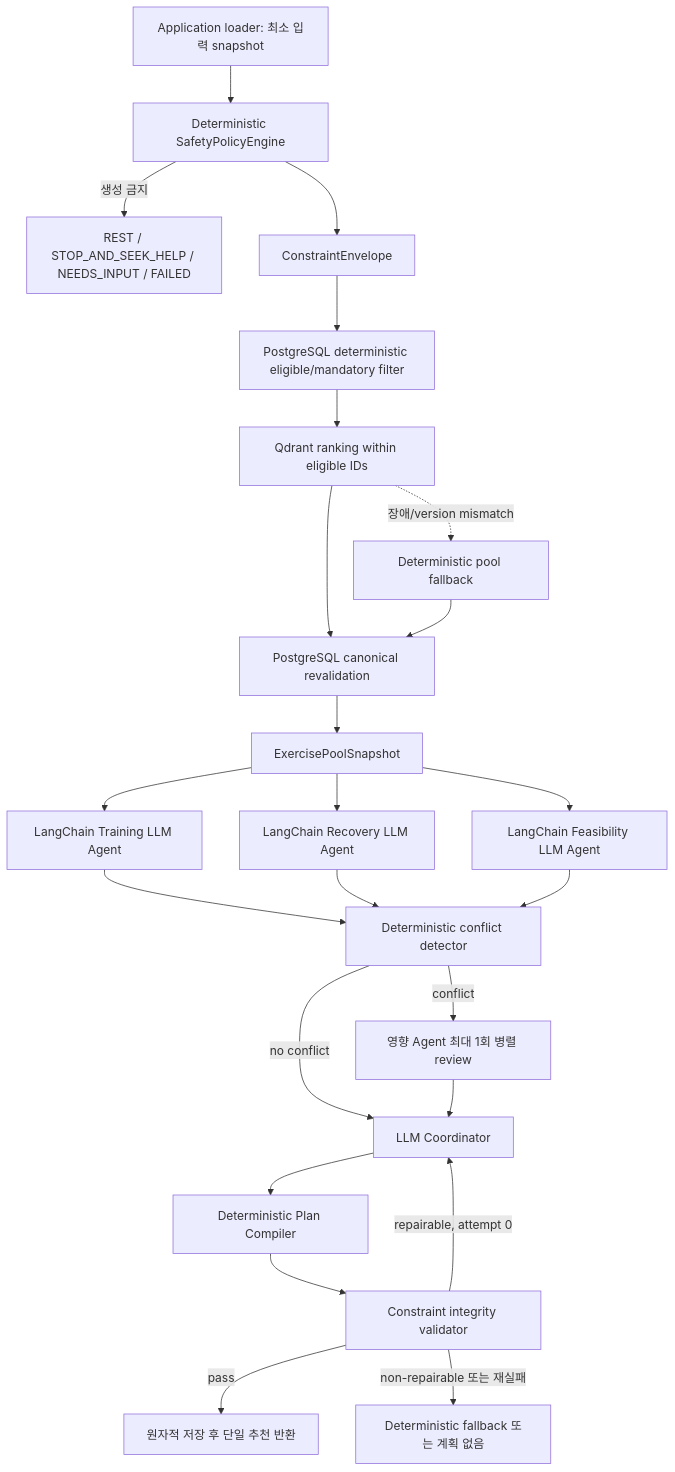
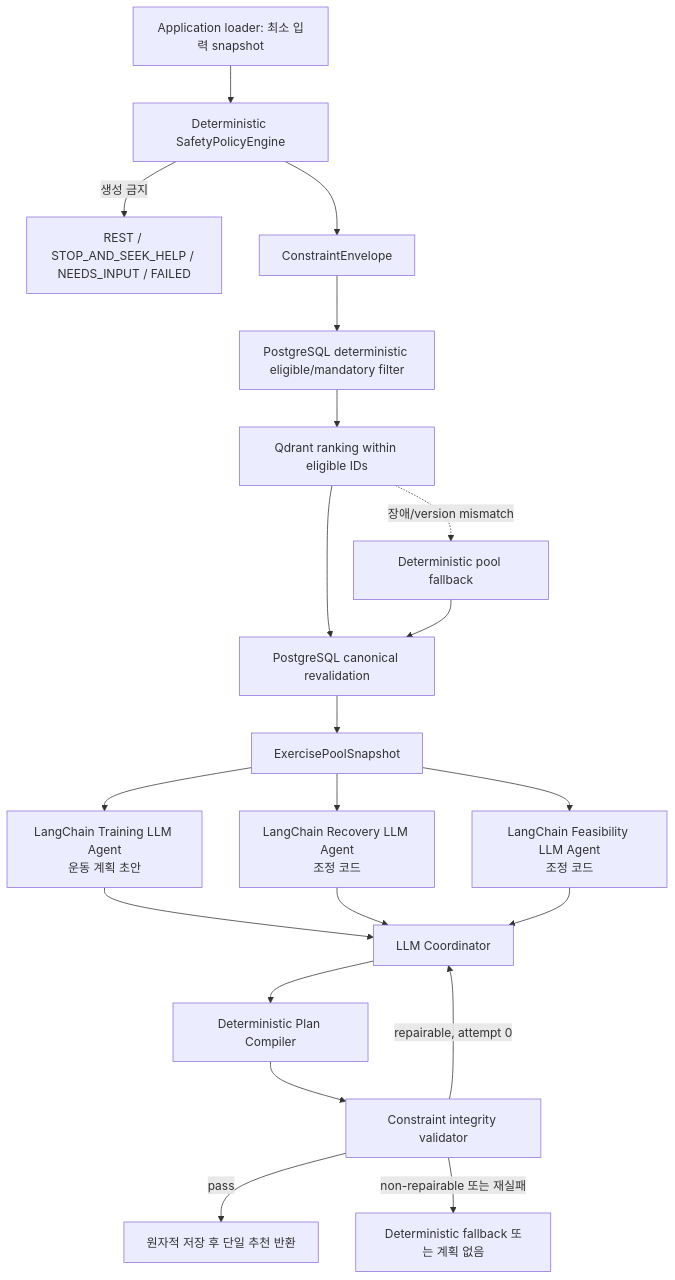
The fourth of 5 diagrams in docs/ARCHITECTURE.md (SKNETWORKS-FAMILY-AICAMP/SKN30-FINAL-5Team), drawn with Mermaid before and after one commit. The commit also changed other lines of this file and 9 other files, not shown here.

````diff
--- a/docs/ARCHITECTURE.md
+++ b/docs/ARCHITECTURE.md
@@ -116,26 +119,23 @@
 ```mermaid
 flowchart TD
   A["Application loader: 최소 입력 snapshot"] --> S["Deterministic SafetyPolicyEngine"]
   S -->|"생성 금지"| X["REST / STOP_AND_SEEK_HELP / NEEDS_INPUT / FAILED"]
   S --> E["ConstraintEnvelope"]
   E --> PF["PostgreSQL deterministic eligible/mandatory filter"]
   PF --> Q["Qdrant ranking within eligible IDs"]
   Q --> PV["PostgreSQL canonical revalidation"]
   PV --> EP["ExercisePoolSnapshot"]
   Q -. "장애/version mismatch" .-> DF["Deterministic pool fallback"]
   DF --> PV
-  EP --> T["LangChain Training LLM Agent"]
-  EP --> R["LangChain Recovery LLM Agent"]
-  EP --> F["LangChain Feasibility LLM Agent"]
-  T --> C["Deterministic conflict detector"]
-  R --> C
-  F --> C
-  C -->|"conflict"| RV["영향 Agent 최대 1회 병렬 review"]
-  C -->|"no conflict"| CO["LLM Coordinator"]
-  RV --> CO
+  EP --> T["LangChain Training LLM Agent<br/>운동 계획 초안"]
+  EP --> R["LangChain Recovery LLM Agent<br/>조정 코드"]
+  EP --> F["LangChain Feasibility LLM Agent<br/>조정 코드"]
+  T --> CO["LLM Coordinator"]
+  R --> CO
+  F --> CO
   CO --> PC["Deterministic Plan Compiler"]
   PC --> V["Constraint integrity validator"]
   V -->|"pass"| P["원자적 저장 후 단일 추천 반환"]
   V -->|"repairable, attempt 0"| CO
   V -->|"non-repairable 또는 재실패"| FB["Deterministic fallback 또는 계획 없음"]
 ```
````
